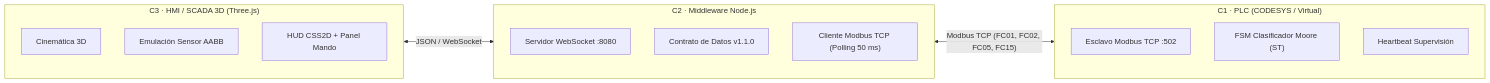
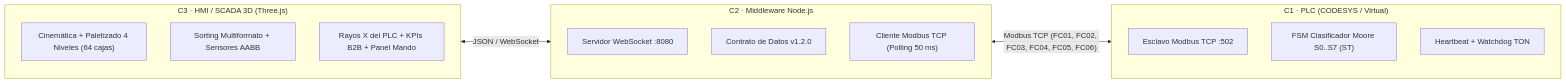
One commit to cristianjaviercano/gemelo-digital-planta changed the diagram in README.md. Above: the diagram before and after it, drawn with Mermaid. The commit also changed other lines of this file and 21 other files, not shown here.

Commit message:
feat(gemelo-digital): contrato Modbus v1.2.0, Rayos X del PLC, sorting multiformato y paletizado 4 niveles

````diff
--- a/README.md
+++ b/README.md
@@ -44,21 +44,21 @@
 ```mermaid
 flowchart LR
   subgraph C3["C3 · HMI / SCADA 3D (Three.js)"]
-    K3["Cinemática 3D"]
-    SENS["Emulación Sensor AABB"]
-    HUD["HUD CSS2D + Panel Mando"]
+    K3["Cinemática + Paletizado 4 Niveles (64 cajas)"]
+    SENS["Sorting Multiformato + Sensores AABB"]
+    HUD["Rayos X del PLC + KPIs B2B + Panel Mando"]
   end
   subgraph C2["C2 · Middleware Node.js"]
     WSS["Servidor WebSocket :8080"]
-    CONTRATO["Contrato de Datos v1.1.0"]
+    CONTRATO["Contrato de Datos v1.2.0"]
     MBC["Cliente Modbus TCP (Polling 50 ms)"]
   end
   subgraph C1["C1 · PLC (CODESYS / Virtual)"]
     SLV["Esclavo Modbus TCP :502"]
-    FSM["FSM Clasificador Moore (ST)"]
-    HB["Heartbeat Supervisión"]
+    FSM["FSM Clasificador Moore S0..S7 (ST)"]
+    HB["Heartbeat + Watchdog TON"]
   end
 
   C3 <-->|"JSON / WebSocket"| C2
-  C2 <-->|"Modbus TCP (FC01, FC02, FC05, FC15)"| C1
+  C2 <-->|"Modbus TCP (FC01, FC02, FC03, FC04, FC05, FC06)"| C1
 ```
````
